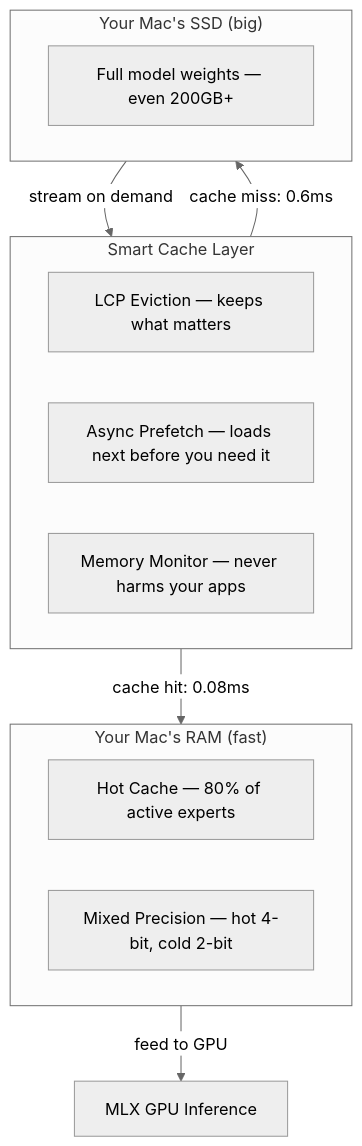
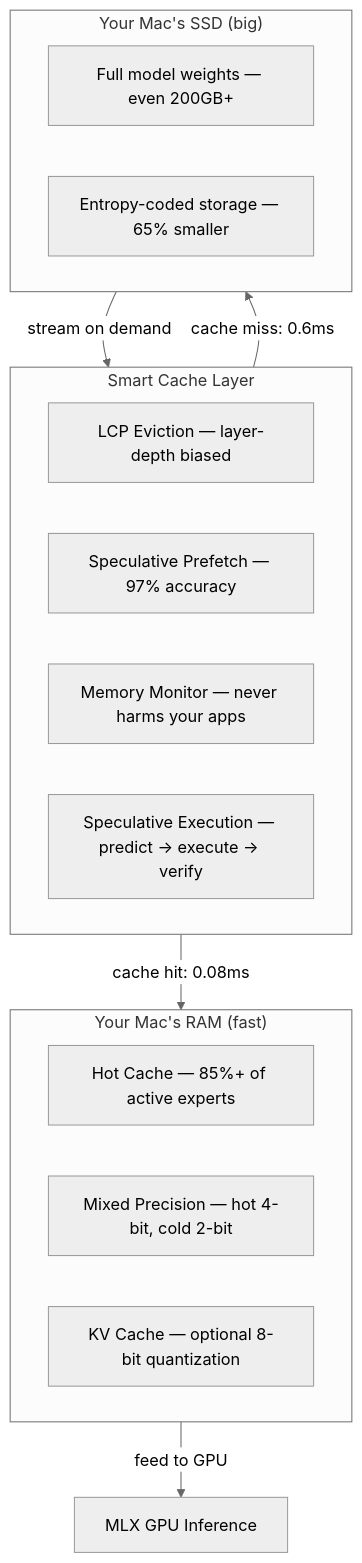
The first of 4 diagrams in README.md (szibis/MLX-Flash), drawn with Mermaid (neutral theme) before and after one commit. The commit also changed other lines of this file and 2 other files, not shown here.

````diff
--- a/README.md
+++ b/README.md
@@ -11,20 +11,23 @@
 ```mermaid
 flowchart TB
     subgraph RAM["Your Mac's RAM (fast)"]
-        HC[Hot Cache — 80% of active experts]
+        HC[Hot Cache — 85%+ of active experts]
         MP[Mixed Precision — hot 4-bit, cold 2-bit]
+        KV[KV Cache — optional 8-bit quantization]
     end
     subgraph CACHE["Smart Cache Layer"]
-        LCP[LCP Eviction — keeps what matters]
-        PF[Async Prefetch — loads next before you need it]
+        LCP[LCP Eviction — layer-depth biased]
+        PF[Speculative Prefetch — 97% accuracy]
         MM[Memory Monitor — never harms your apps]
+        SPEC[Speculative Execution — predict → execute → verify]
     end
     subgraph SSD["Your Mac's SSD (big)"]
         FULL[Full model weights — even 200GB+]
+        ENT[Entropy-coded storage — 65% smaller]
     end
 
     SSD -->|stream on demand| CACHE
     CACHE -->|cache hit: 0.08ms| RAM
     CACHE -->|cache miss: 0.6ms| SSD
     RAM -->|feed to GPU| GPU[MLX GPU Inference]
 ```
````
